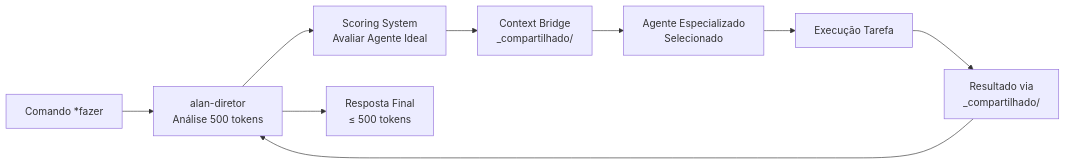
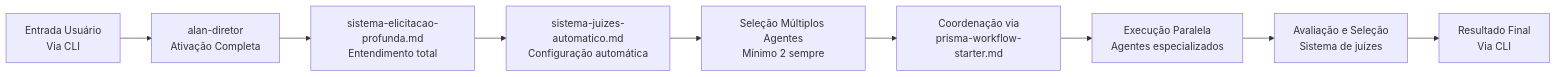
One commit to matheusmaiberg/prisma changed the second of 6 diagrams in .claude/specs/universal-agent-framework/design.md. Above: the diagram before and after it, drawn with Mermaid. The commit also changed other lines of this file and 8 other files, not shown here.

````diff
--- a/.claude/specs/universal-agent-framework/design.md
+++ b/.claude/specs/universal-agent-framework/design.md
@@ -56,11 +56,11 @@
 ```mermaid
 graph LR
-    A[Comando *fazer] --> B[alan-diretor<br/>Análise 500 tokens]
-    B --> C[Scoring System<br/>Avaliar Agente Ideal]
-    C --> D[Context Bridge<br/>_compartilhado/]
-    D --> E[Agente Especializado<br/>Selecionado]
-    E --> F[Execução Tarefa]
-    F --> G[Resultado via<br/>_compartilhado/]
-    G --> B
-    B --> H[Resposta Final<br/>≤ 500 tokens]
+    A[Entrada Usuário<br/>Via CLI] --> B[alan-diretor<br/>Ativação Completa]
+    B --> C[sistema-elicitacao-profunda.md<br/>Entendimento total]
+    C --> D[sistema-juizes-automatico.md<br/>Configuração automática]
+    D --> E[Seleção Múltiplos Agentes<br/>Mínimo 2 sempre]
+    E --> F[Coordenação via<br/>prisma-workflow-starter.md]
+    F --> G[Execução Paralela<br/>Agentes especializados]
+    G --> H[Avaliação e Seleção<br/>Sistema de juízes]
+    H --> I[Resultado Final<br/>Via CLI]
 ```
````
